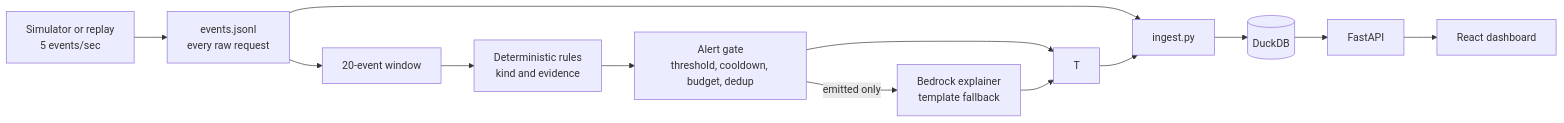
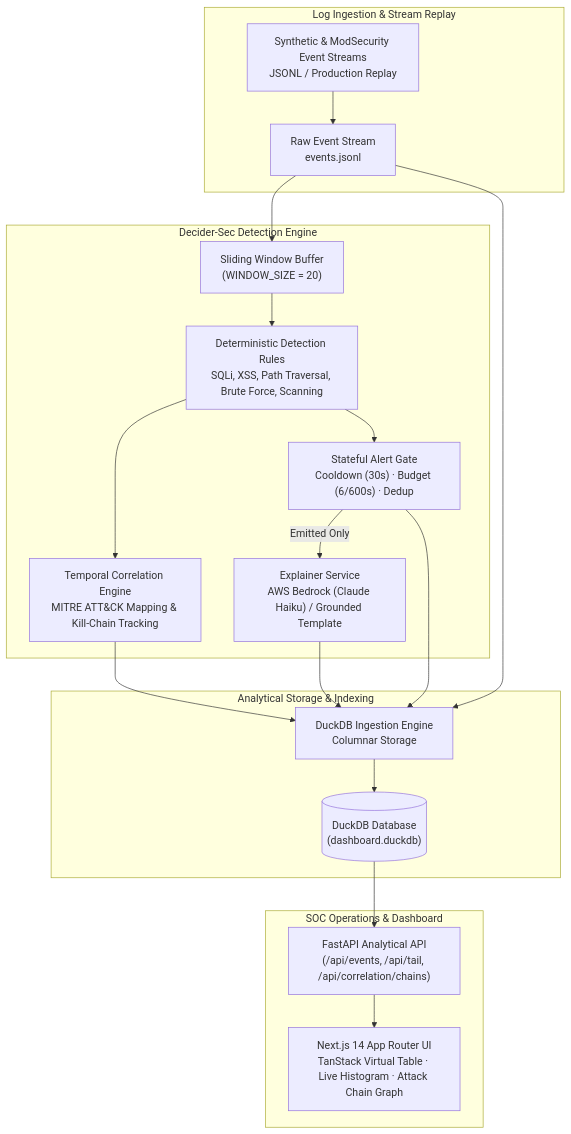
The diagram in README.md (ShivanshCharak/Hush), drawn with Mermaid before and after one commit. The commit also changed other lines of this file and 11 other files, not shown here.

Commit message:
feat: add render deployment blueprint, strands/bedrock decider backend, and cors

````diff
--- a/README.md
+++ b/README.md
@@ -7,15 +23,27 @@
 ```mermaid
-flowchart LR
-  S[Simulator or replay<br/>5 events/sec] --> E[events.jsonl<br/>every raw request]
-  E --> W[20-event window]
-  W --> D[Deterministic rules<br/>kind and evidence]
-  D --> G[Alert gate<br/>threshold, cooldown, budget, dedup]
-  G --> T
-  G -->|emitted only| X[Bedrock explainer<br/>template fallback]
-  X --> T
-  E --> I[ingest.py]
-  T --> I
-  I --> DB[(DuckDB)]
-  DB --> API[FastAPI]
-  API --> UI[React dashboard]
+flowchart TD
+  subgraph Ingestion ["Log Ingestion & Stream Replay"]
+    S[Synthetic & ModSecurity Event Streams<br/>JSONL / Production Replay] --> E[Raw Event Stream<br/>events.jsonl]
+  end
+
+  subgraph Engine ["Decider-Sec Detection Engine"]
+    E --> W["Sliding Window Buffer<br/>(WINDOW_SIZE = 20)"]
+    W --> R["Deterministic Detection Rules<br/>SQLi, XSS, Path Traversal, Brute Force, Scanning"]
+    R --> C["Temporal Correlation Engine<br/>MITRE ATT&CK Mapping & Kill-Chain Tracking"]
+    R --> G["Stateful Alert Gate<br/>Cooldown (30s) · Budget (6/600s) · Dedup"]
+    G -->|Emitted Only| X["Explainer Service<br/>AWS Bedrock (Claude Haiku) / Grounded Template"]
+  end
+
+  subgraph Storage ["Analytical Storage & Indexing"]
+    E --> I["DuckDB Ingestion Engine<br/>Columnar Storage"]
+    G --> I
+    C --> I
+    X --> I
+    I --> DB[("DuckDB Database<br/>(dashboard.duckdb)")]
+  end
+
+  subgraph Presentation ["SOC Operations & Dashboard"]
+    DB --> API["FastAPI Analytical API<br/>(/api/events, /api/tail, /api/correlation/chains)"]
+    API --> UI["Next.js 14 App Router UI<br/>TanStack Virtual Table · Live Histogram · Attack Chain Graph"]
+  end
 ```
````
